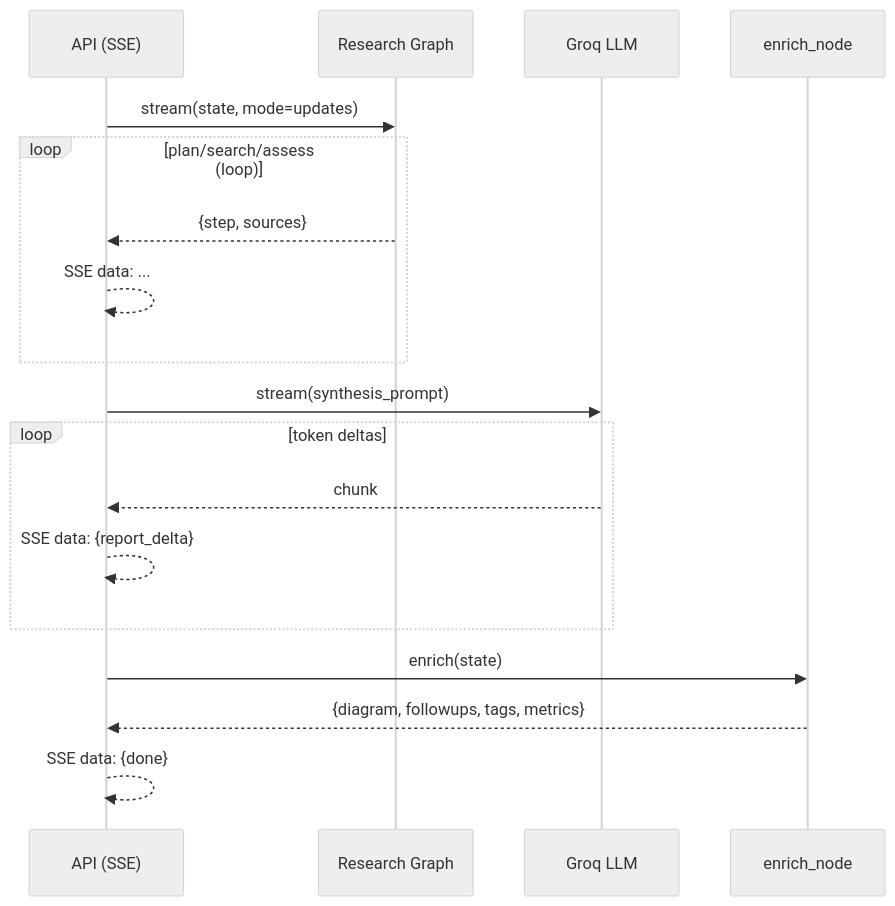
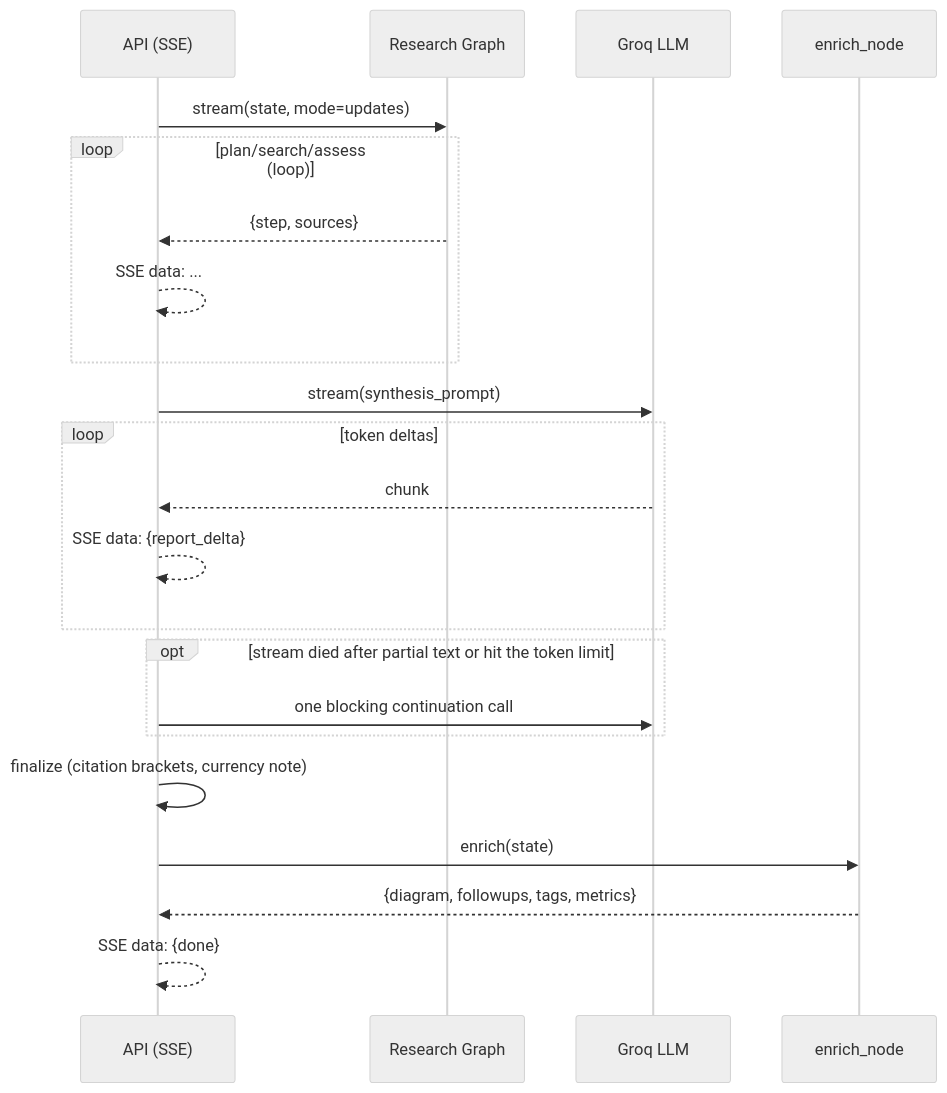
The fourth of 6 diagrams in ARCHITECTURE.md (Sanchitaccenture/deep-research-agent), drawn with Mermaid (neutral theme) before and after one commit. The commit also changed other lines of this file, not shown here.

Commit message:
Update ARCHITECTURE.md to match current design

````diff
--- a/ARCHITECTURE.md
+++ b/ARCHITECTURE.md
@@ -74,21 +149,25 @@
 ```mermaid
 sequenceDiagram
     participant API as API (SSE)
     participant G1 as Research Graph
     participant LLM as Groq LLM
     participant EN as enrich_node
 
     API->>G1: stream(state, mode=updates)
     loop plan/search/assess (loop)
         G1-->>API: {step, sources}
         API-->>API: SSE data: ...
     end
     API->>LLM: stream(synthesis_prompt)
     loop token deltas
         LLM-->>API: chunk
         API-->>API: SSE data: {report_delta}
     end
+    opt stream died after partial text or hit the token limit
+        API->>LLM: one blocking continuation call
+    end
+    API->>API: finalize (citation brackets, currency note)
     API->>EN: enrich(state)
     EN-->>API: {diagram, followups, tags, metrics}
     API-->>API: SSE data: {done}
 ```
````
